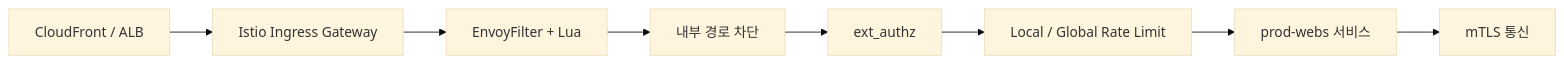
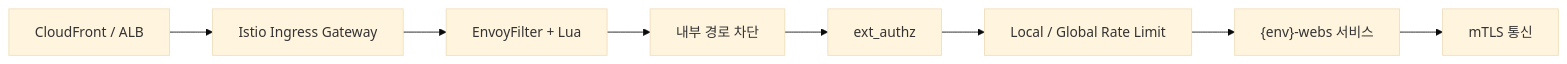
The diagram in docs/content/security/gateway-mtls.md (goorm-gongbang/001-finalPR), drawn with Mermaid (base theme) before and after one commit. The commit also changed other lines of this file and 20 other files, not shown here.

````diff
--- a/docs/content/security/gateway-mtls.md
+++ b/docs/content/security/gateway-mtls.md
@@ -9,10 +11,10 @@
 ```mermaid
 flowchart LR
     A["CloudFront / ALB"] --> B["Istio Ingress Gateway"]
     B --> C["EnvoyFilter + Lua"]
     C --> D["내부 경로 차단"]
     D --> E["ext_authz"]
     E --> F["Local / Global Rate Limit"]
-    F --> G["prod-webs 서비스"]
+    F --> G["{env}-webs 서비스"]
     G --> H["mTLS 통신"]
 ```
````
